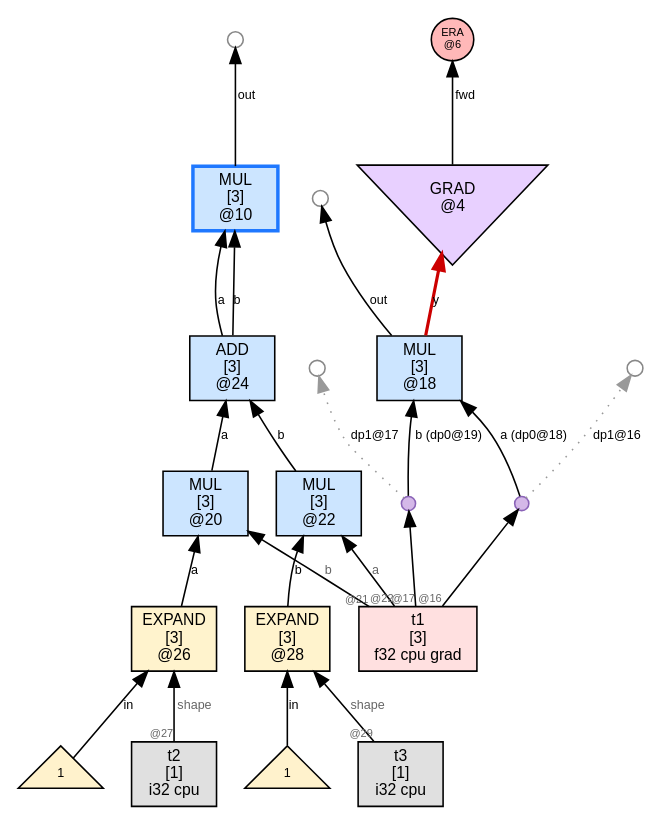
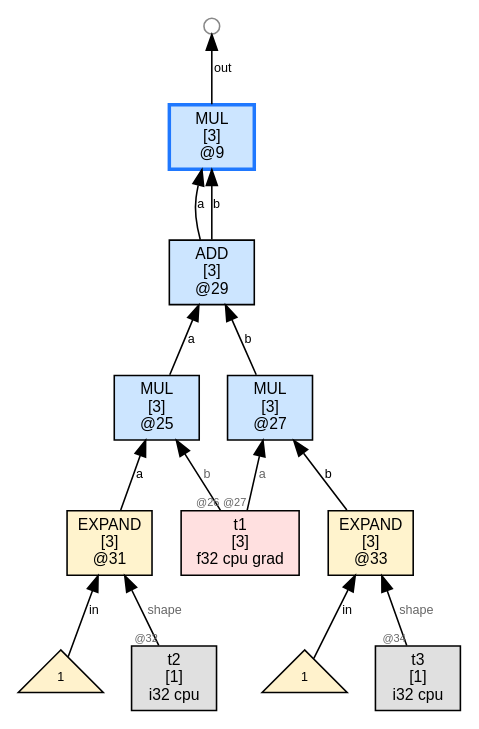
Before and after one commit to sw1sh/TinyHVM: the diagram in wl/examples/thvm_graphs/grad_rules/chained_compute/thvm_1_post_reduce.dot, drawn with Graphviz. The commit also changed 6 other files, not shown here.

```diff
--- a/wl/examples/thvm_graphs/grad_rules/chained_compute/thvm_1_post_reduce.dot
+++ b/wl/examples/thvm_graphs/grad_rules/chained_compute/thvm_1_post_reduce.dot
@@ -1,48 +1,31 @@
 digraph G {
   rankdir=BT;
   node [fontname="Helvetica", fontsize=10, style=filled, shape=box, margin="0.1,0.05"];
   edge [fontsize=8, fontname="Helvetica"];
 
-  n18 [label="MUL\n[3]\n@18", shape=box, fillcolor="#cce5ff"];
-  dup16 [label="", shape=circle, width=0.12, height=0.12, fixedsize=true, fillcolor="#d4b8e8", color="#8a63b7", fontsize=1];
-  freedup16_1 [label="",shape=circle,width=0.14,height=0.14,fixedsize=true,fillcolor="#ffffff",color="#888888",fontsize=1];
-  dup16 -> freedup16_1 [label="dp1@16",style=dotted,color="#999999"];
+  n29 [label="ADD\n[3]\n@29", shape=box, fillcolor="#cce5ff"];
+  n25 -> n29 [label="a"];
+  n27 -> n29 [label="b"];
+  n9 [label="MUL\n[3]\n@9", shape=box, fillcolor="#cce5ff",color="#1f78ff",penwidth=2.2];
+  n29 -> n9 [label="a"];
+  n29 -> n9 [label="b"];
+  free9_1000 [label="",shape=circle,width=0.14,height=0.14,fixedsize=true,fillcolor="#ffffff",color="#888888",fontsize=1];
+  n9 -> free9_1000 [label="out"];
+  n31 [label="EXPAND\n[3]\n@31", shape=box, fillcolor="#fff3cd"];
+  num31_0 [label="1",shape=triangle,fillcolor="#fff2cc",fontsize=8];
+  num31_0 -> n31 [label="in"];
+  t2 [label="t2\n[1]\ni32 cpu",shape=box,fillcolor="#e0e0e0"];
+  t2 -> n31 [label="shape",taillabel="@32",labelfontsize=7,fontcolor="#666666"];
+  n33 [label="EXPAND\n[3]\n@33", shape=box, fillcolor="#fff3cd"];
+  num33_0 [label="1",shape=triangle,fillcolor="#fff2cc",fontsize=8];
+  num33_0 -> n33 [label="in"];
+  t3 [label="t3\n[1]\ni32 cpu",shape=box,fillcolor="#e0e0e0"];
+  t3 -> n33 [label="shape",taillabel="@34",labelfontsize=7,fontcolor="#666666"];
+  n25 [label="MUL\n[3]\n@25", shape=box, fillcolor="#cce5ff"];
+  n31 -> n25 [label="a"];
   t1 [label="t1\n[3]\nf32 cpu grad",shape=box,fillcolor="#ffe0e0"];
-  t1 -> dup16[label="",taillabel="@16",labelfontsize=7,fontcolor="#666666"];
-  dup16 -> n18 [label="a (dp0@18)"];
-  dup17 [label="", shape=circle, width=0.12, height=0.12, fixedsize=true, fillcolor="#d4b8e8", color="#8a63b7", fontsize=1];
-  freedup17_1 [label="",shape=circle,width=0.14,height=0.14,fixedsize=true,fillcolor="#ffffff",color="#888888",fontsize=1];
-  dup17 -> freedup17_1 [label="dp1@17",style=dotted,color="#999999"];
-  t1 -> dup17[label="",taillabel="@17",labelfontsize=7,fontcolor="#666666"];
-  dup17 -> n18 [label="b (dp0@19)"];
-  free18_1000 [label="",shape=circle,width=0.14,height=0.14,fixedsize=true,fillcolor="#ffffff",color="#888888",fontsize=1];
-  n18 -> free18_1000 [label="out"];
-  era6 [label="ERA\n@6",shape=circle,width=0.38,height=0.38,fixedsize=true,fillcolor="#ffb8b8",fontsize=7];
-  grad4 [label="GRAD\n@4", shape=invtriangle, fillcolor="#e8d0ff"];
-  n18 -> grad4 [label="y",color="#cc0000",penwidth=2.0];
-  grad4 -> era6 [label="fwd"];
-  n24 [label="ADD\n[3]\n@24", shape=box, fillcolor="#cce5ff"];
-  n20 -> n24 [label="a"];
-  n22 -> n24 [label="b"];
-  n10 [label="MUL\n[3]\n@10", shape=box, fillcolor="#cce5ff",color="#1f78ff",penwidth=2.2];
-  n24 -> n10 [label="a"];
-  n24 -> n10 [label="b"];
-  free10_1000 [label="",shape=circle,width=0.14,height=0.14,fixedsize=true,fillcolor="#ffffff",color="#888888",fontsize=1];
-  n10 -> free10_1000 [label="out"];
-  n26 [label="EXPAND\n[3]\n@26", shape=box, fillcolor="#fff3cd"];
-  num26_0 [label="1",shape=triangle,fillcolor="#fff2cc",fontsize=8];
-  num26_0 -> n26 [label="in"];
-  t2 [label="t2\n[1]\ni32 cpu",shape=box,fillcolor="#e0e0e0"];
-  t2 -> n26 [label="shape",taillabel="@27",labelfontsize=7,fontcolor="#666666"];
-  n28 [label="EXPAND\n[3]\n@28", shape=box, fillcolor="#fff3cd"];
-  num28_0 [label="1",shape=triangle,fillcolor="#fff2cc",fontsize=8];
-  num28_0 -> n28 [label="in"];
-  t3 [label="t3\n[1]\ni32 cpu",shape=box,fillcolor="#e0e0e0"];
-  t3 -> n28 [label="shape",taillabel="@29",labelfontsize=7,fontcolor="#666666"];
-  n20 [label="MUL\n[3]\n@20", shape=box, fillcolor="#cce5ff"];
-  n26 -> n20 [label="a"];
-  t1 -> n20 [label="b",taillabel="@21",labelfontsize=7,fontcolor="#666666"];
-  n22 [label="MUL\n[3]\n@22", shape=box, fillcolor="#cce5ff"];
-  t1 -> n22 [label="a",taillabel="@22",labelfontsize=7,fontcolor="#666666"];
-  n28 -> n22 [label="b"];
+  t1 -> n25 [label="b",taillabel="@26",labelfontsize=7,fontcolor="#666666"];
+  n27 [label="MUL\n[3]\n@27", shape=box, fillcolor="#cce5ff"];
+  t1 -> n27 [label="a",taillabel="@27",labelfontsize=7,fontcolor="#666666"];
+  n33 -> n27 [label="b"];
 }
```
